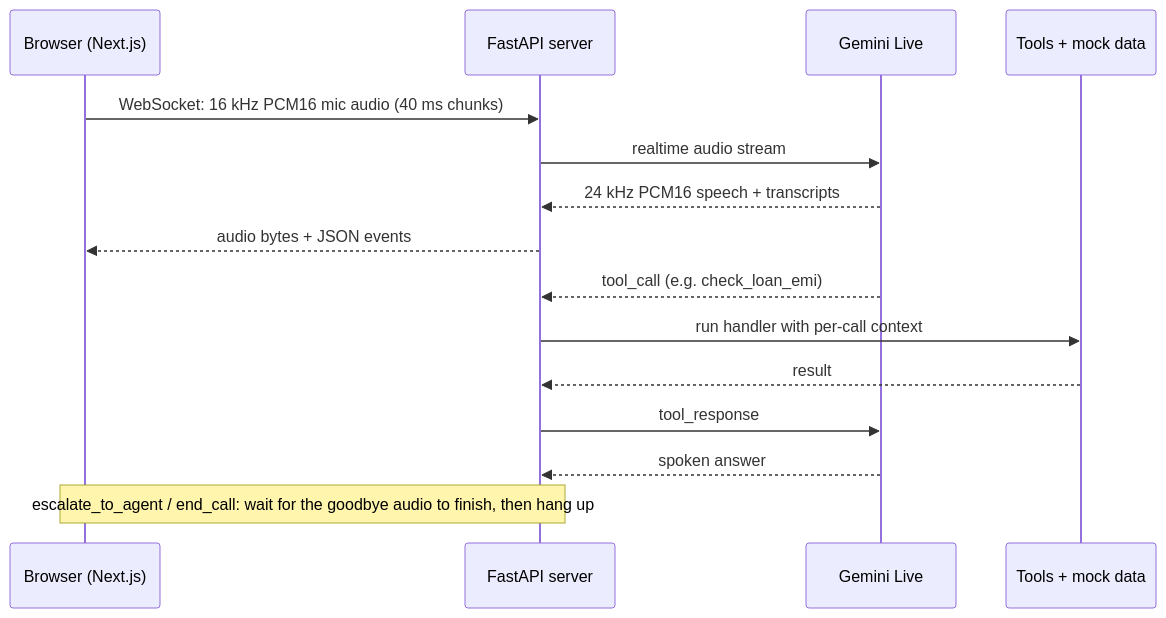
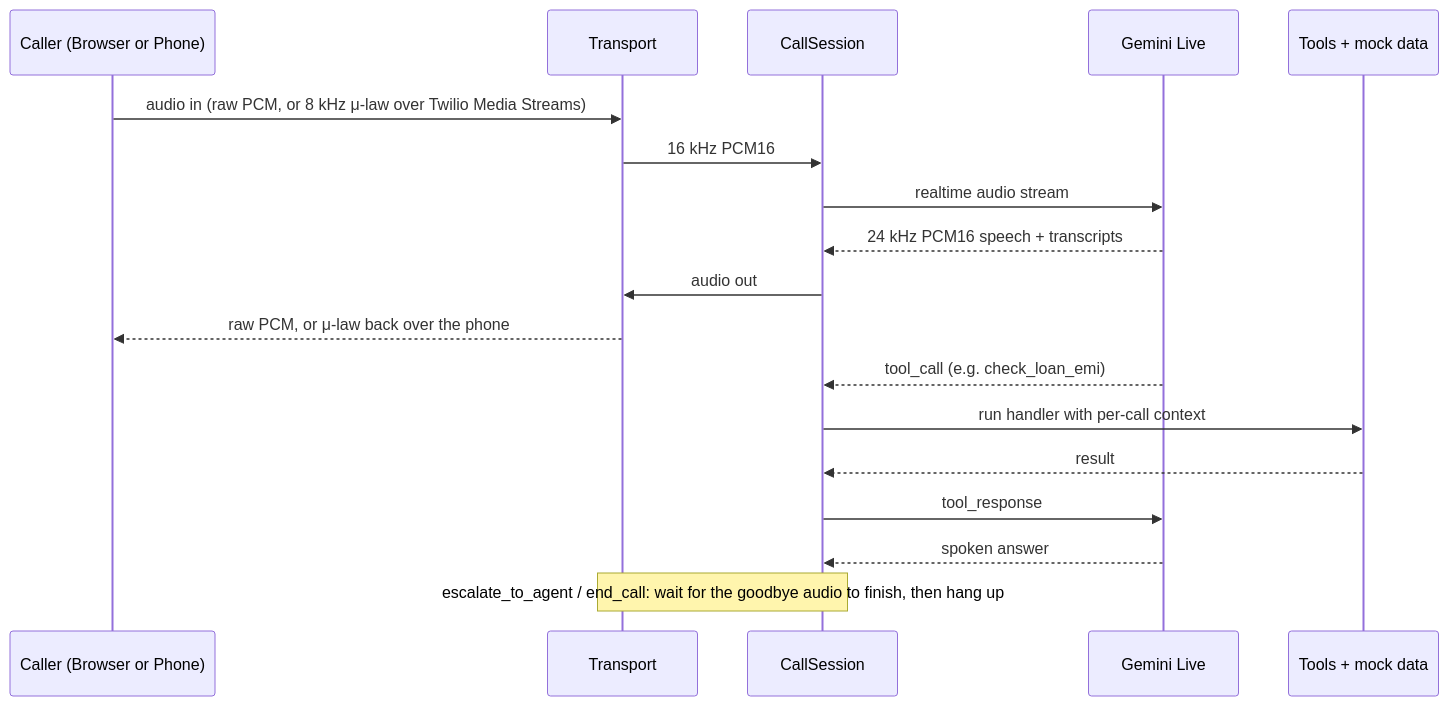
One commit to Rakesh-Bhagat/Call-AI changed the diagram in README.md. Above: the diagram before and after it, drawn with Mermaid. The commit also changed other lines of this file, not shown here.

````diff
--- a/README.md
+++ b/README.md
@@ -18,18 +19,21 @@
 ```mermaid
 sequenceDiagram
-    participant B as Browser (Next.js)
-    participant S as FastAPI server
+    participant C as Caller (Browser or Phone)
+    participant Tr as Transport
+    participant Cs as CallSession
     participant G as Gemini Live
     participant T as Tools + mock data
 
-    B->>S: WebSocket: 16 kHz PCM16 mic audio (40 ms chunks)
-    S->>G: realtime audio stream
-    G-->>S: 24 kHz PCM16 speech + transcripts
-    S-->>B: audio bytes + JSON events
-    G-->>S: tool_call (e.g. check_loan_emi)
-    S->>T: run handler with per-call context
-    T-->>S: result
-    S->>G: tool_response
-    G-->>S: spoken answer
-    Note over S,B: escalate_to_agent / end_call: wait for the goodbye audio to finish, then hang up
+    C->>Tr: audio in (raw PCM, or 8 kHz μ-law over Twilio Media Streams)
+    Tr->>Cs: 16 kHz PCM16
+    Cs->>G: realtime audio stream
+    G-->>Cs: 24 kHz PCM16 speech + transcripts
+    Cs->>Tr: audio out
+    Tr-->>C: raw PCM, or μ-law back over the phone
+    G-->>Cs: tool_call (e.g. check_loan_emi)
+    Cs->>T: run handler with per-call context
+    T-->>Cs: result
+    Cs->>G: tool_response
+    G-->>Cs: spoken answer
+    Note over Cs,Tr: escalate_to_agent / end_call: wait for the goodbye audio to finish, then hang up
 ```
````
